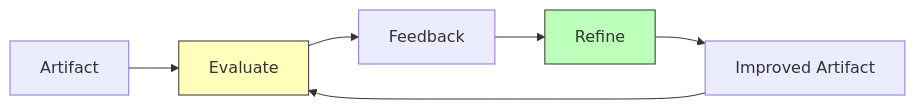
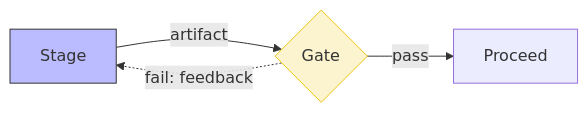
One commit to jrlangford/loop changed the fourth of 8 diagrams in framework-design.md. Above: the diagram before and after it, drawn with Mermaid. The commit also changed other lines of this file and 11 other files, not shown here.

First line of the commit message:
Align diagrams with describe skill conventions and clarify Evaluate vs Gate

````diff
--- a/framework-design.md
+++ b/framework-design.md
@@ -666,7 +654,8 @@
 ```mermaid
-graph LR
-    AR["Artifact"] --> EV["Evaluate"] --> FB["Feedback"] --> RF["Refine"] --> IA["Improved Artifact"]
-    IA --> EV
-    style EV fill:#ffb,stroke:#333
-    style RF fill:#bfb,stroke:#333
+flowchart LR
+    classDef stage fill:#bbf,stroke:#333
+    classDef gate fill:#fcf3cf,stroke:#f1c40f
+
+    S["Stage"]:::stage -->|artifact| G{"Gate"}:::gate -->|pass| OUT["Proceed"]
+    G -.->|"fail: feedback"| S
 ```
````
